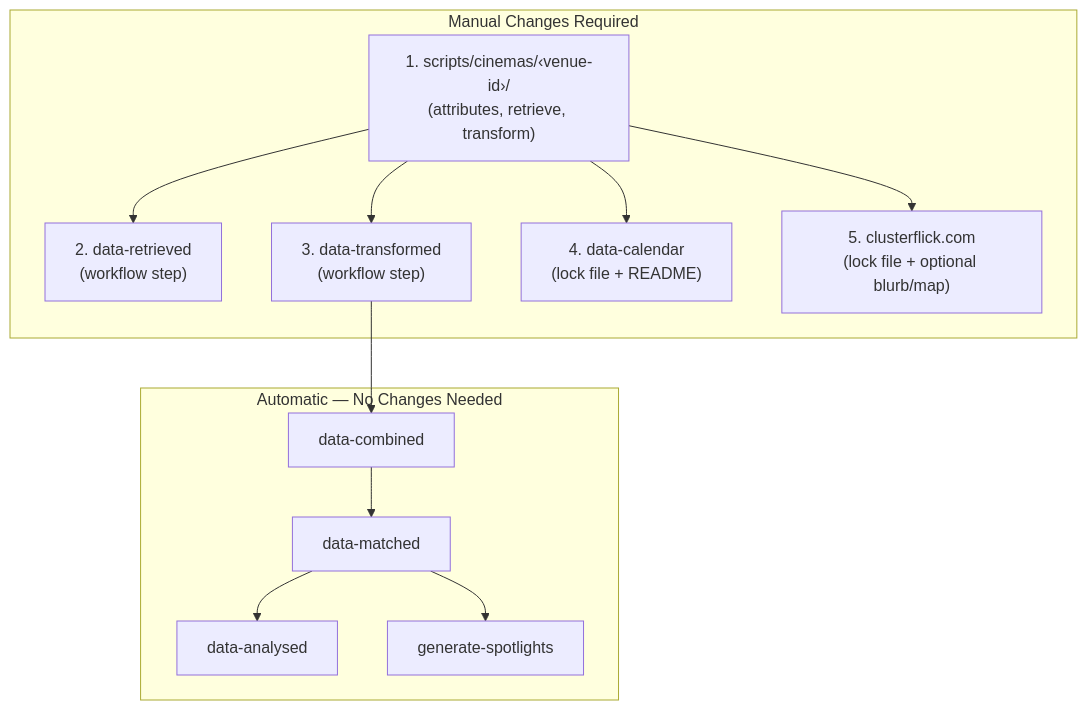
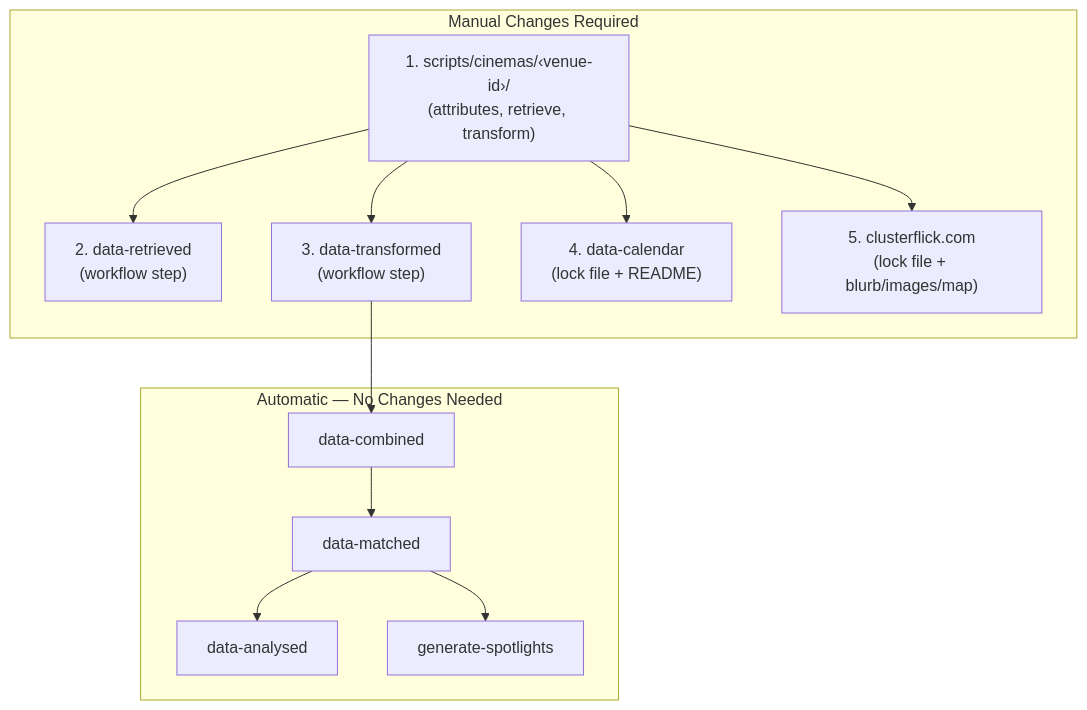
Before and after one commit to clusterflick/scripts: the diagram in docs/adding-a-venue.md, drawn with Mermaid. The commit also changed other lines of this file and 5 other files, not shown here.

````diff
--- a/docs/adding-a-venue.md
+++ b/docs/adding-a-venue.md
@@ -9,24 +9,24 @@
 ```mermaid
 flowchart TD
     subgraph "Manual Changes Required"
         A["1. scripts/cinemas/‹venue-id›/\n(attributes, retrieve, transform)"]
         B["2. data-retrieved\n(workflow step)"]
         C["3. data-transformed\n(workflow step)"]
         D["4. data-calendar\n(lock file + README)"]
-        E["5. clusterflick.com\n(lock file + optional blurb/map)"]
+        E["5. clusterflick.com\n(lock file + blurb/images/map)"]
     end
 
     subgraph "Automatic — No Changes Needed"
         F[data-combined]
         G[data-matched]
         H[data-analysed]
         I[generate-spotlights]
     end
 
     A --> B
     A --> C
     A --> D
     A --> E
     C --> F --> G --> H
     G --> I
 ```
````
